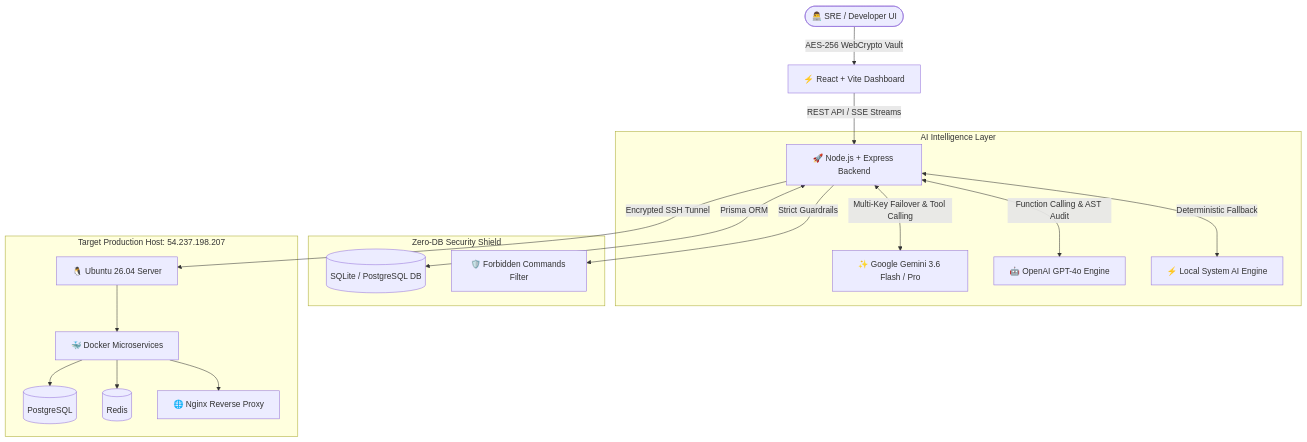
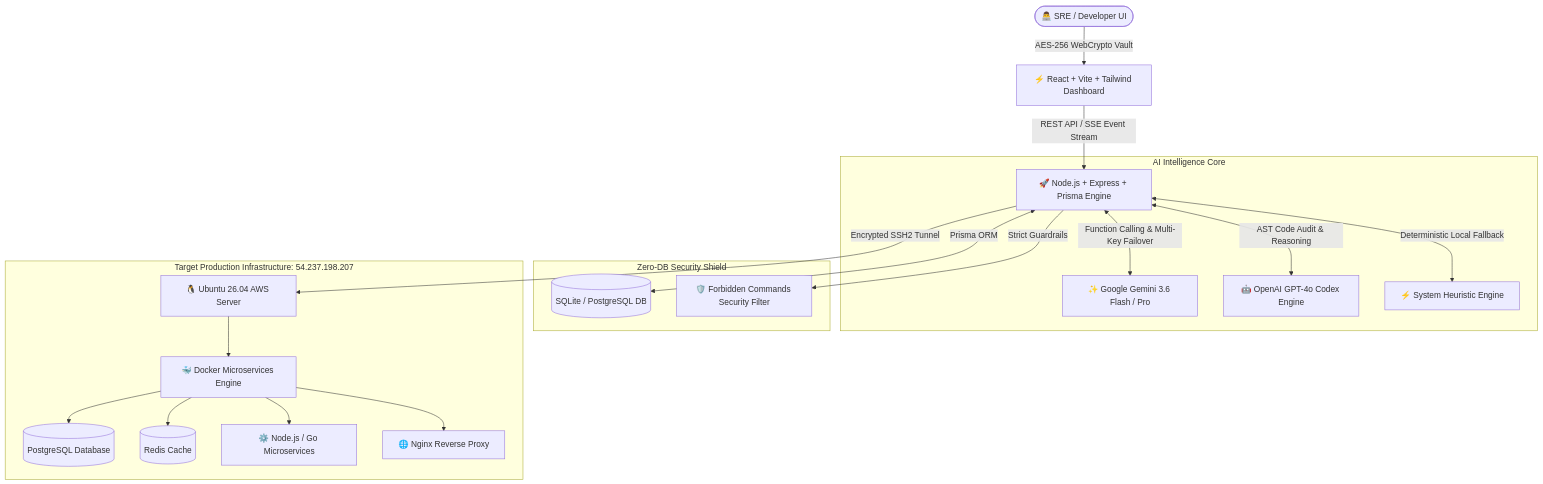
The diagram in README.md (WildDragonDot/ops-pilot), drawn with Mermaid before and after one commit. The commit also changed other lines of this file, not shown here.

Commit message:
docs: add comprehensive system features, working mechanism, architecture, and API docs to README

````diff
--- a/README.md
+++ b/README.md
@@ -17,24 +17,25 @@
 ```mermaid
 graph TD
-    User([👨‍💻 SRE / Developer UI]) -->|AES-256 WebCrypto Vault| Frontend[⚡ React + Vite Dashboard]
-    Frontend -->|REST API / SSE Streams| Backend[🚀 Node.js + Express Backend]
+    User([👨‍💻 SRE / Developer UI]) -->|AES-256 WebCrypto Vault| Frontend[⚡ React + Vite + Tailwind Dashboard]
+    Frontend -->|REST API / SSE Event Stream| Backend[🚀 Node.js + Express + Prisma Engine]
     
-    subgraph AI Intelligence Layer
-        Backend <-->|Multi-Key Failover & Tool Calling| Gemini[✨ Google Gemini 3.6 Flash / Pro]
-        Backend <-->|Function Calling & AST Audit| OpenAI[🤖 OpenAI GPT-4o Engine]
-        Backend <-->|Deterministic Fallback| FallbackAI[⚡ Local System AI Engine]
+    subgraph AI Intelligence Core
+        Backend <-->|Function Calling & Multi-Key Failover| Gemini[✨ Google Gemini 3.6 Flash / Pro]
+        Backend <-->|AST Code Audit & Reasoning| OpenAI[🤖 OpenAI GPT-4o Codex Engine]
+        Backend <-->|Deterministic Local Fallback| FallbackAI[⚡ System Heuristic Engine]
     end
     
     subgraph Zero-DB Security Shield
         Backend <-->|Prisma ORM| DB[(SQLite / PostgreSQL DB)]
-        Backend -->|Strict Guardrails| Policy[🛡️ Forbidden Commands Filter]
+        Backend -->|Strict Guardrails| Policy[🛡️ Forbidden Commands Security Filter]
     end
     
-    subgraph Target Production Host: 54.237.198.207
-        Backend -->|Encrypted SSH Tunnel| Host[🐧 Ubuntu 26.04 Server]
-        Host --> Docker[🐳 Docker Microservices]
-        Docker --> PG[(PostgreSQL)]
-        Docker --> Redis[(Redis)]
+    subgraph Target Production Infrastructure: 54.237.198.207
+        Backend -->|Encrypted SSH2 Tunnel| Host[🐧 Ubuntu 26.04 AWS Server]
+        Host --> Docker[🐳 Docker Microservices Engine]
+        Docker --> PG[(PostgreSQL Database)]
+        Docker --> Redis[(Redis Cache)]
+        Docker --> Microservices[⚙️ Node.js / Go Microservices]
         Docker --> Nginx[🌐 Nginx Reverse Proxy]
     end
 ```
````
